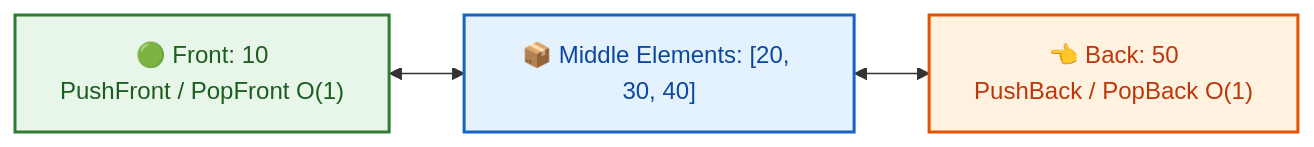
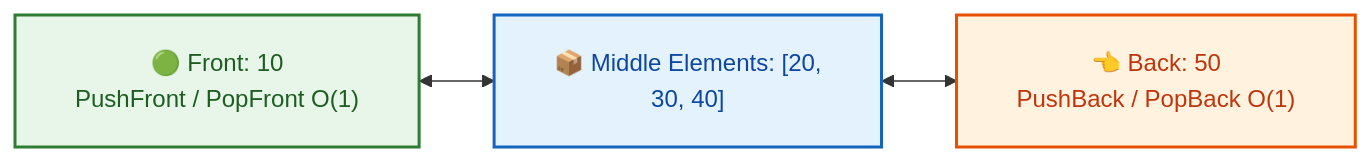
One commit to dip4k/DSA_102 changed the fourth of 5 diagrams in week_02_foundations_ii_linear_data_structures/Week_02_Visual_Concepts_Playbook_HYBRID.md. Above: the diagram before and after it, drawn with Mermaid. The commit also changed other lines of this file and 108 other files, not shown here.

First line of the commit message:
fix(mermaid): resolve diagram clipping, padding, and syntax issues across repo

````diff
--- a/week_02_foundations_ii_linear_data_structures/Week_02_Visual_Concepts_Playbook_HYBRID.md
+++ b/week_02_foundations_ii_linear_data_structures/Week_02_Visual_Concepts_Playbook_HYBRID.md
@@ -311,12 +314,13 @@
 ```mermaid
+%%{init: {"flowchart": {"htmlLabels": true, "padding": 20}}}%%
 flowchart LR
     classDef front fill:#e8f5e9,stroke:#2e7d32,stroke-width:2px,color:#1b5e20
     classDef mid fill:#e3f2fd,stroke:#1565c0,stroke-width:2px,color:#0d47a1
     classDef back fill:#fff3e0,stroke:#e65100,stroke-width:2px,color:#bf360c
 
     F["🟢 Front: 10<br/>PushFront / PopFront O(1)"]:::front
-    M["📦 Middle Elements: [20, 30, 40]"]:::mid
+    M["📦 Middle Elements: [20,<br/>30, 40]"]:::mid
     B["👈 Back: 50<br/>PushBack / PopBack O(1)"]:::back
 
     F <--> M <--> B
 ```
````
